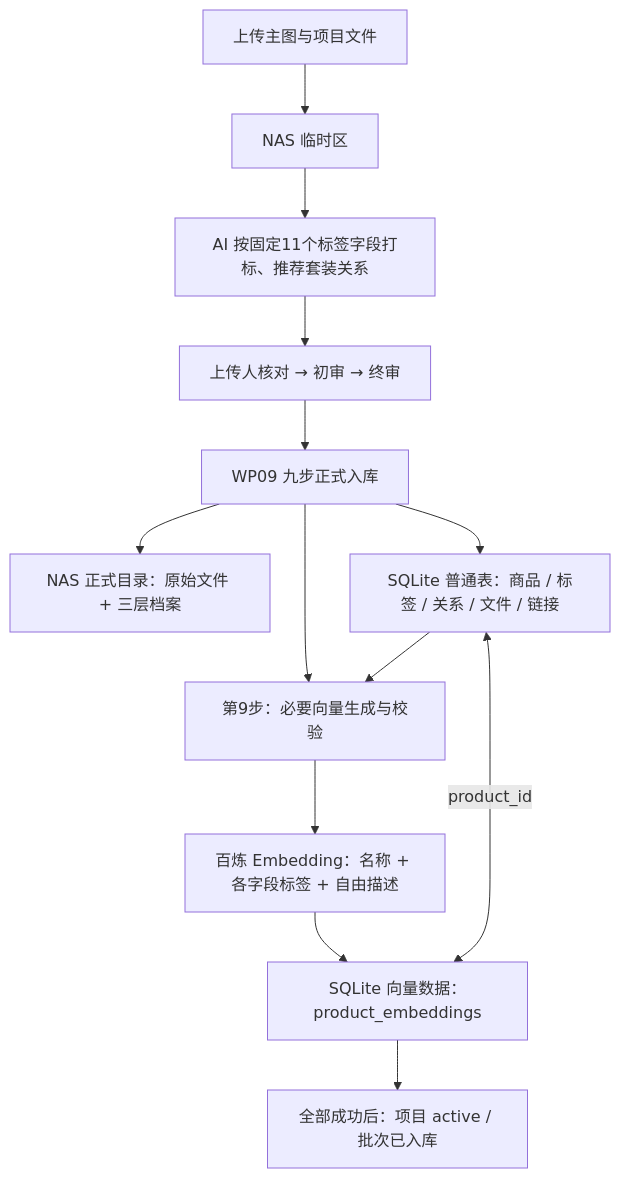
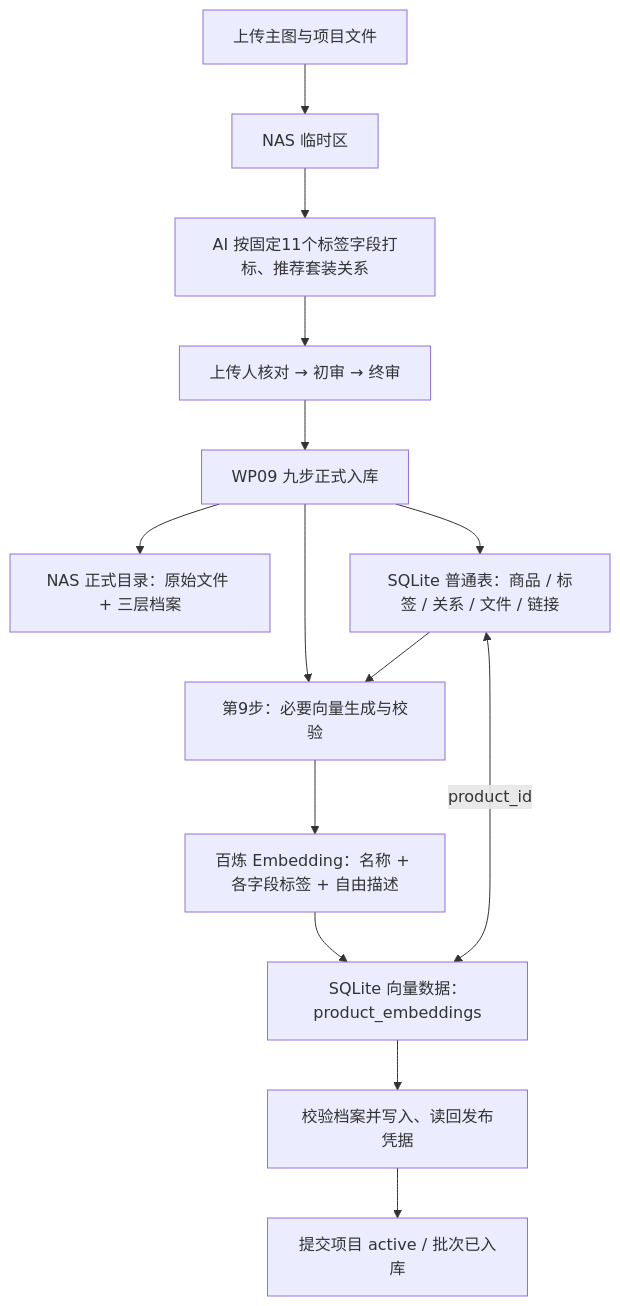
Before and after one commit to OmNell/AI-for-Design-Assets: the diagram in docs/05-数据存储与向量关系.md, drawn with Mermaid. The commit also changed other lines of this file and 15 other files, not shown here.

````diff
--- a/docs/05-数据存储与向量关系.md
+++ b/docs/05-数据存储与向量关系.md
@@ -113,15 +117,16 @@
 ```mermaid
 flowchart TD
     A["上传主图与项目文件"] --> B["NAS 临时区"]
     B --> C["AI 按固定11个标签字段打标、推荐套装关系"]
     C --> D["上传人核对 → 初审 → 终审"]
     D --> E["WP09 九步正式入库"]
     E --> F["NAS 正式目录：原始文件 + 三层档案"]
     E --> G["SQLite 普通表：商品 / 标签 / 关系 / 文件 / 链接"]
     E --> H["第9步：必要向量生成与校验"]
     G --> H
     H --> I["百炼 Embedding：名称 + 各字段标签 + 自由描述"]
     I --> J["SQLite 向量数据：product_embeddings"]
-    J --> K["全部成功后：项目 active / 批次已入库"]
+    J --> L["校验档案并写入、读回发布凭据"]
+    L --> K["提交项目 active / 批次已入库"]
     G <-->|"product_id"| J
 ```
````
